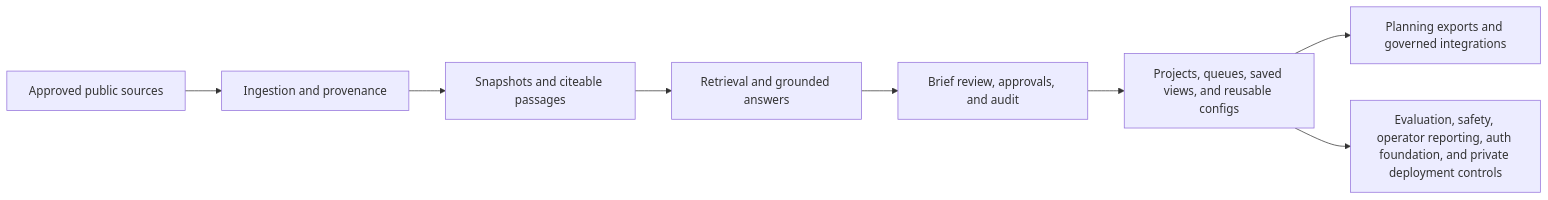
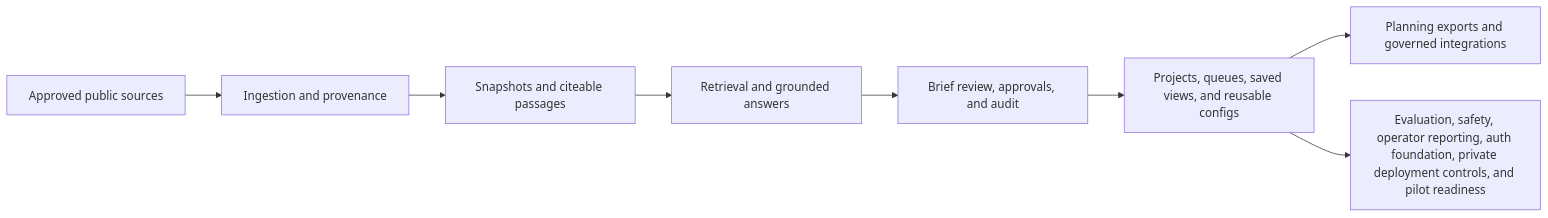
Before and after one commit to venkata-ramana/HealthForge: the diagram in README.md, drawn with Mermaid. The commit also changed other lines of this file and 13 other files, not shown here.

Commit message:
Complete Phase 15 pilot readiness layer

````diff
--- a/README.md
+++ b/README.md
@@ -45,10 +45,10 @@
 ```mermaid
 flowchart LR
     A["Approved public sources"] --> B["Ingestion and provenance"]
     B --> C["Snapshots and citeable passages"]
     C --> D["Retrieval and grounded answers"]
     D --> E["Brief review, approvals, and audit"]
     E --> F["Projects, queues, saved views, and reusable configs"]
     F --> G["Planning exports and governed integrations"]
-    F --> H["Evaluation, safety, operator reporting, auth foundation, and private deployment controls"]
+    F --> H["Evaluation, safety, operator reporting, auth foundation, private deployment controls, and pilot readiness"]
 ```
````
